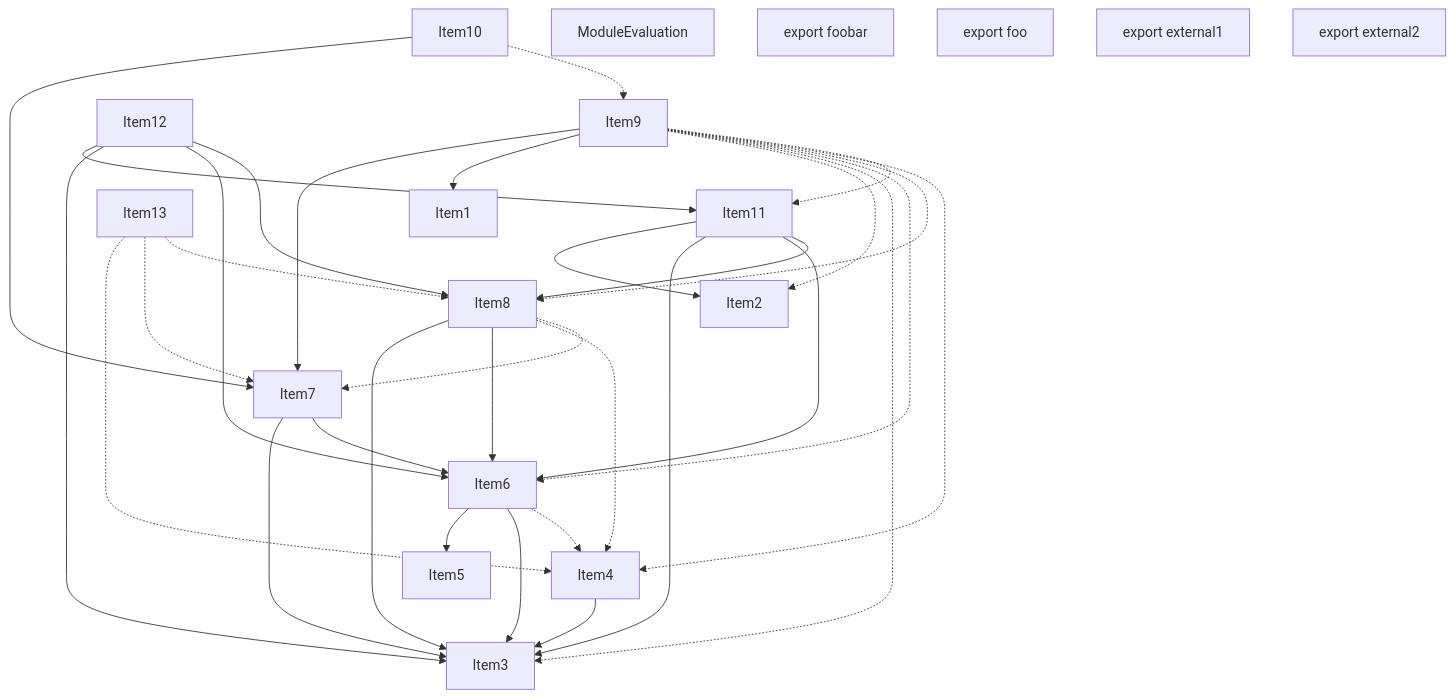
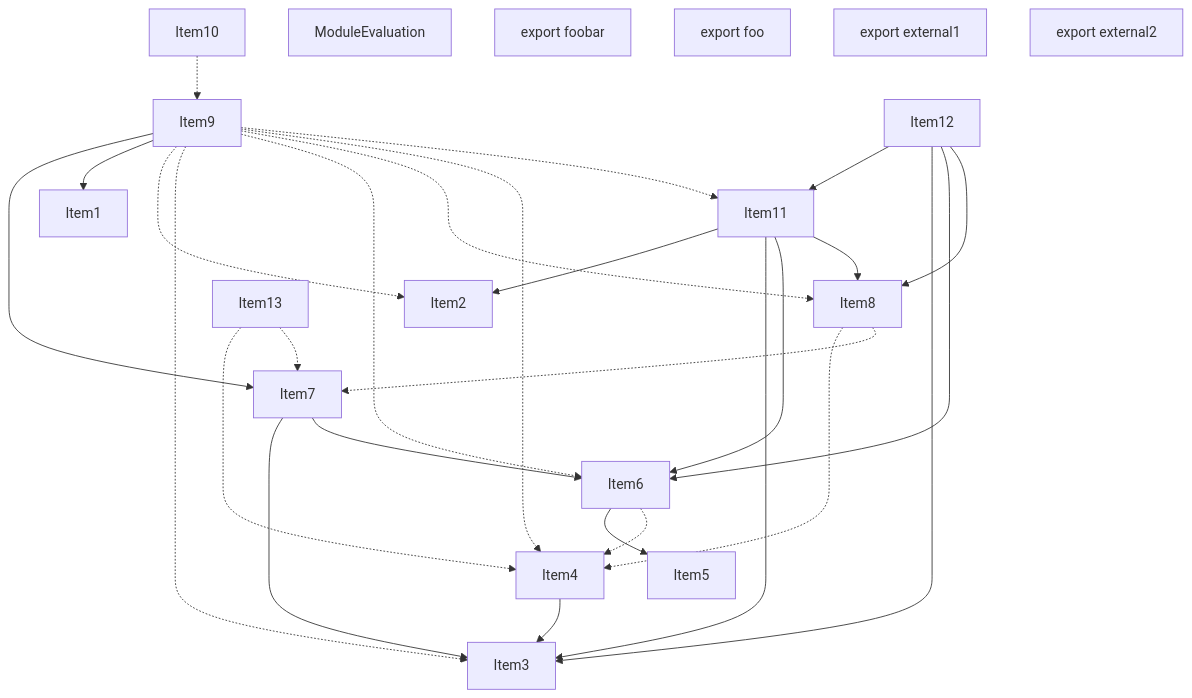
One commit to vercel/turborepo changed the third of 5 diagrams in crates/turbopack-ecmascript/tests/tree-shaker/analyzer/1/output.md. Above: the diagram before and after it, drawn with Mermaid. The commit also changed other lines of this file and 23 other files, not shown here.

````diff
--- a/crates/turbopack-ecmascript/tests/tree-shaker/analyzer/1/output.md
+++ b/crates/turbopack-ecmascript/tests/tree-shaker/analyzer/1/output.md
@@ -213,57 +207,52 @@
 ```mermaid
 graph TD
     Item1;
     Item2;
     Item3;
     Item4;
     Item5;
     Item6;
     Item7;
     Item8;
     Item9;
     Item10;
     Item11;
     Item12;
     Item13;
     Item14;
     Item14["ModuleEvaluation"];
     Item15;
     Item15["export foobar"];
     Item16;
     Item16["export foo"];
     Item17;
     Item17["export external1"];
     Item18;
     Item18["export external2"];
     Item4 --> Item3;
     Item6 --> Item5;
-    Item6 --> Item3;
     Item6 -.-> Item4;
     Item7 --> Item3;
     Item7 --> Item6;
-    Item8 --> Item3;
-    Item8 --> Item6;
     Item8 -.-> Item4;
     Item8 -.-> Item7;
     Item9 --> Item7;
     Item9 --> Item1;
     Item9 -.-> Item2;
     Item9 -.-> Item3;
     Item9 -.-> Item6;
     Item9 -.-> Item8;
     Item9 -.-> Item4;
     Item9 -.-> Item11;
-    Item10 --> Item7;
     Item10 -.-> Item9;
     Item11 --> Item2;
     Item11 --> Item3;
     Item11 --> Item6;
     Item11 --> Item8;
     Item12 --> Item11;
     Item12 --> Item3;
     Item12 --> Item6;
     Item12 --> Item8;
     Item13 -.-> Item4;
     Item13 -.-> Item7;
-    Item13 -.-> Item8;
 ```
````
